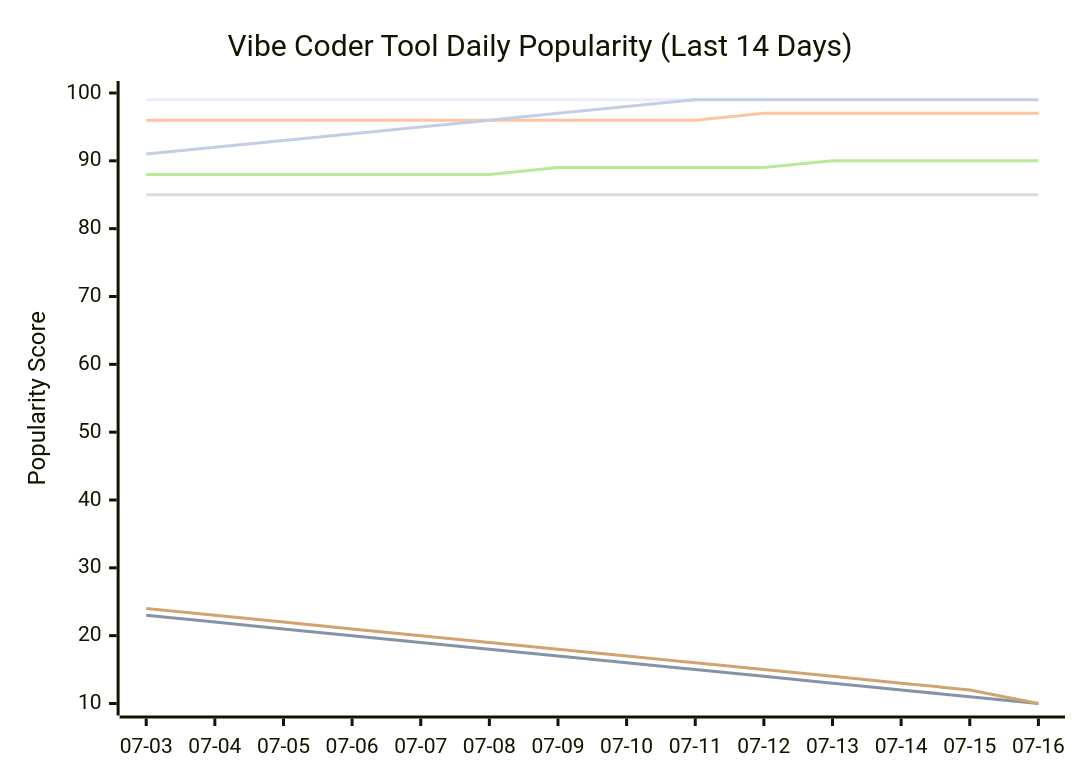
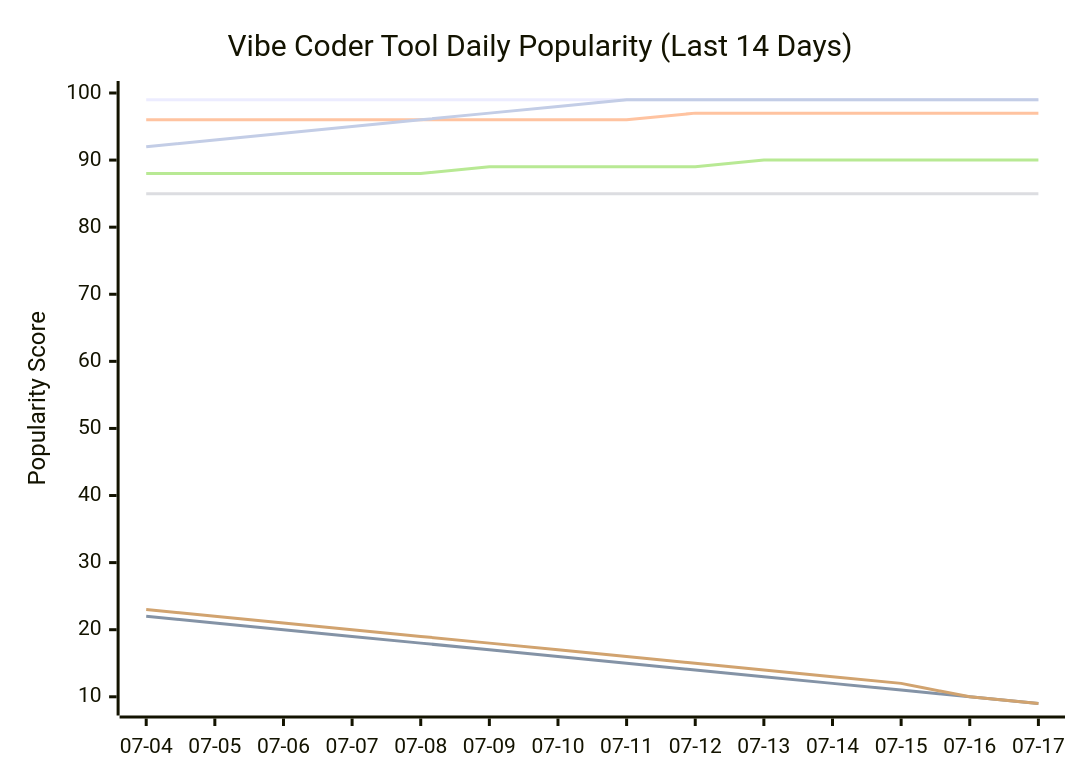
The seventh of 11 diagrams in README.md (tykimos/ai-whatchelin), drawn with Mermaid before and after one commit. The commit also changed other lines of this file and 4 other files, not shown here.

````diff
--- a/README.md
+++ b/README.md
@@ -1999,13 +1999,13 @@
 ```mermaid
 xychart-beta
     title "Vibe Coder Tool Daily Popularity (Last 14 Days)"
-    x-axis ["07-03", "07-04", "07-05", "07-06", "07-07", "07-08", "07-09", "07-10", "07-11", "07-12", "07-13", "07-14", "07-15", "07-16"]
-    y-axis "Popularity Score" 10 --> 100
+    x-axis ["07-04", "07-05", "07-06", "07-07", "07-08", "07-09", "07-10", "07-11", "07-12", "07-13", "07-14", "07-15", "07-16", "07-17"]
+    y-axis "Popularity Score" 9 --> 100
     line "Claude Code" [99, 99, 99, 99, 99, 99, 99, 99, 99, 99, 99, 99, 99, 99]
-    line "GH Copilot" [23, 22, 21, 20, 19, 18, 17, 16, 15, 14, 13, 12, 11, 10]
-    line "Cursor" [96, 96, 96, 96, 96, 96, 96, 96, 96, 97, 97, 97, 97, 97]
+    line "GH Copilot" [22, 21, 20, 19, 18, 17, 16, 15, 14, 13, 12, 11, 10, 9]
+    line "Cursor" [96, 96, 96, 96, 96, 96, 96, 96, 97, 97, 97, 97, 97, 97]
     line "Windsurf" [85, 85, 85, 85, 85, 85, 85, 85, 85, 85, 85, 85, 85, 85]
-    line "Codex CLI" [88, 88, 88, 88, 88, 88, 89, 89, 89, 89, 90, 90, 90, 90]
-    line "Gemini CLI" [24, 23, 22, 21, 20, 19, 18, 17, 16, 15, 14, 13, 12, 10]
-    line "Antigravity" [91, 92, 93, 94, 95, 96, 97, 98, 99, 99, 99, 99, 99, 99]
+    line "Codex CLI" [88, 88, 88, 88, 88, 89, 89, 89, 89, 90, 90, 90, 90, 90]
+    line "Gemini CLI" [23, 22, 21, 20, 19, 18, 17, 16, 15, 14, 13, 12, 10, 9]
+    line "Antigravity" [92, 93, 94, 95, 96, 97, 98, 99, 99, 99, 99, 99, 99, 99]
 ```
````
